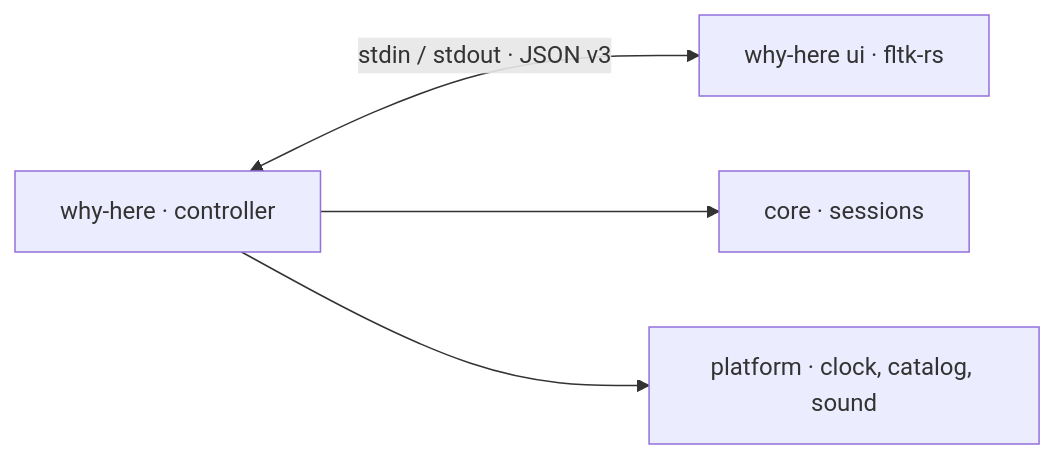
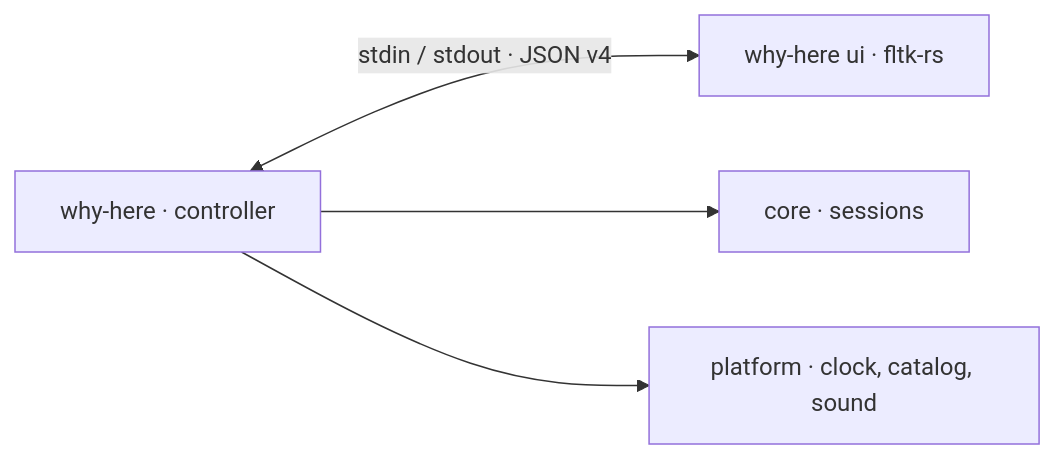
Before and after one commit to hlophlopgaming/why-i-m-here-RS: the diagram in README.md, drawn with Mermaid. The commit also changed other lines of this file and 13 other files, not shown here.

````diff
--- a/README.md
+++ b/README.md
@@ -208,6 +229,6 @@
 ```mermaid
 flowchart LR
-    D["why-here · controller"] <-->|"stdin / stdout · JSON v3"| U["why-here ui · fltk-rs"]
+    D["why-here · controller"] <-->|"stdin / stdout · JSON v4"| U["why-here ui · fltk-rs"]
     D --> C["core · sessions"]
     D --> P["platform · clock, catalog, sound"]
 ```
````
